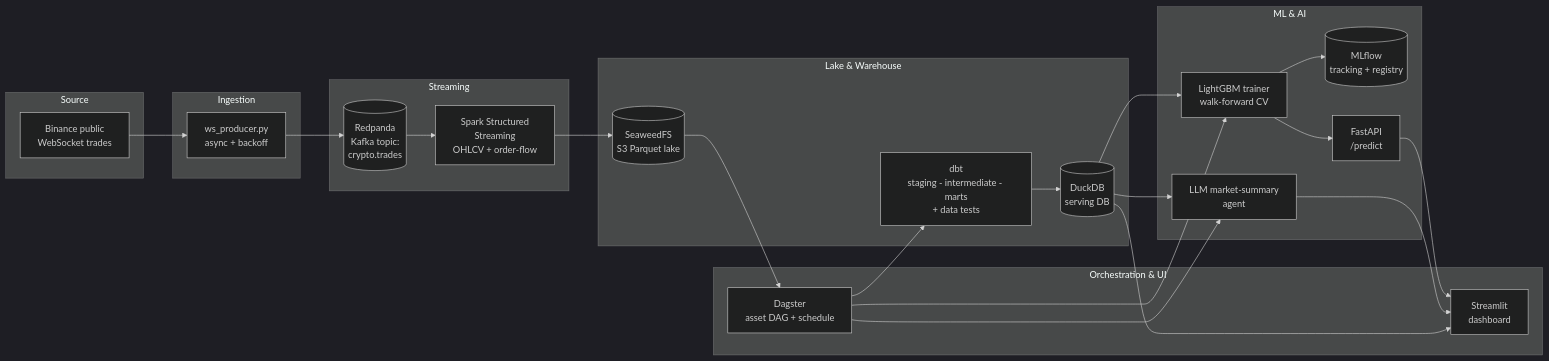
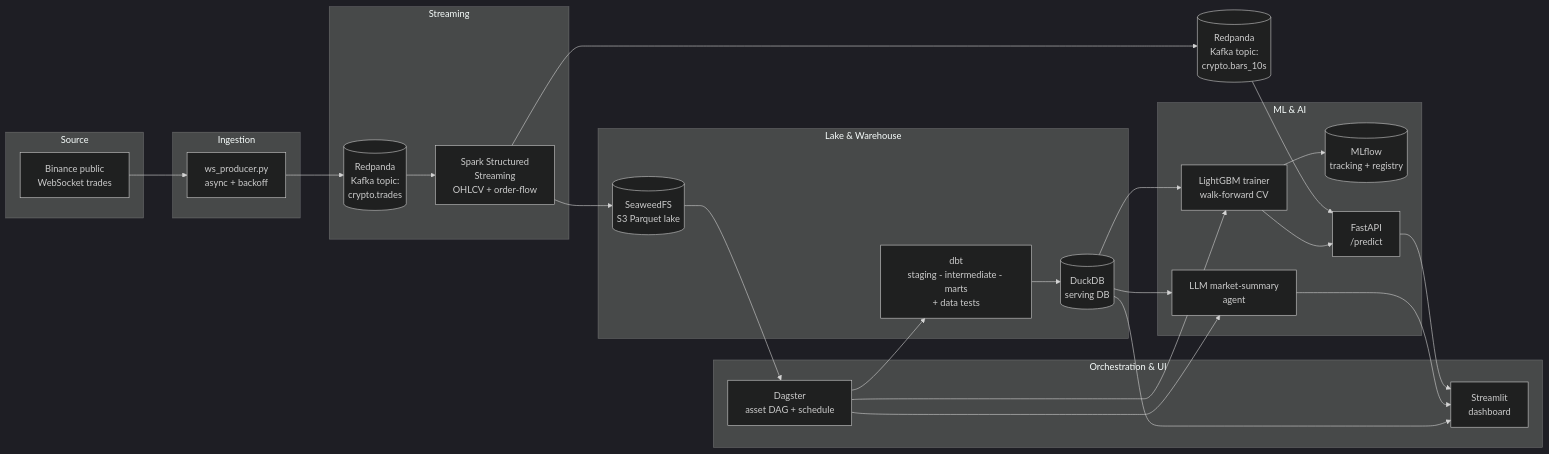
Before and after one commit to DevammPatel/CryptoStream: the diagram in docs/architecture.md, drawn with Mermaid (dark theme). The commit also changed other lines of this file and 5 other files, not shown here.

First line of the commit message:
Serve live bars and predictions from the API

````diff
--- a/docs/architecture.md
+++ b/docs/architecture.md
@@ -5,45 +5,47 @@
 ```mermaid
 flowchart LR
     subgraph Source
         B[Binance public\nWebSocket trades]
     end
 
     subgraph Ingestion
         P[ws_producer.py\nasync + backoff]
     end
 
     subgraph Streaming
         RP[(Redpanda\nKafka topic:\ncrypto.trades)]
         SP[Spark Structured\nStreaming\nOHLCV + order-flow]
     end
 
     subgraph Lake & Warehouse
         LAKE[(SeaweedFS\nS3 Parquet lake)]
         DUCK[(DuckDB\nserving DB)]
         DBT[dbt\nstaging - intermediate - marts\n+ data tests]
     end
 
     subgraph ML & AI
         TRAIN[LightGBM trainer\nwalk-forward CV]
         MLF[(MLflow\ntracking + registry)]
         API[FastAPI\n/predict]
         LLM[LLM market-summary\nagent]
     end
 
     subgraph Orchestration & UI
         DAG[Dagster\nasset DAG + schedule]
         DASH[Streamlit\ndashboard]
     end
 
     B --> P --> RP --> SP --> LAKE
+    SP --> BARS[(Redpanda\nKafka topic:\ncrypto.bars_10s)]
+    BARS --> API
     LAKE --> DAG
     DAG --> DBT --> DUCK
     DUCK --> TRAIN --> MLF
     TRAIN --> API
     DUCK --> LLM
     API --> DASH
     LLM --> DASH
     DUCK --> DASH
     DAG --> TRAIN
     DAG --> LLM
 ```
````
